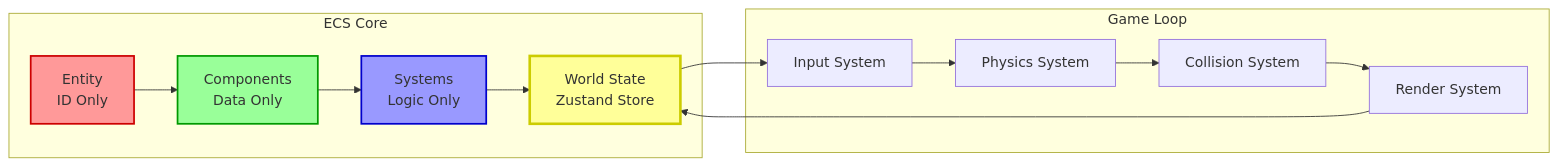
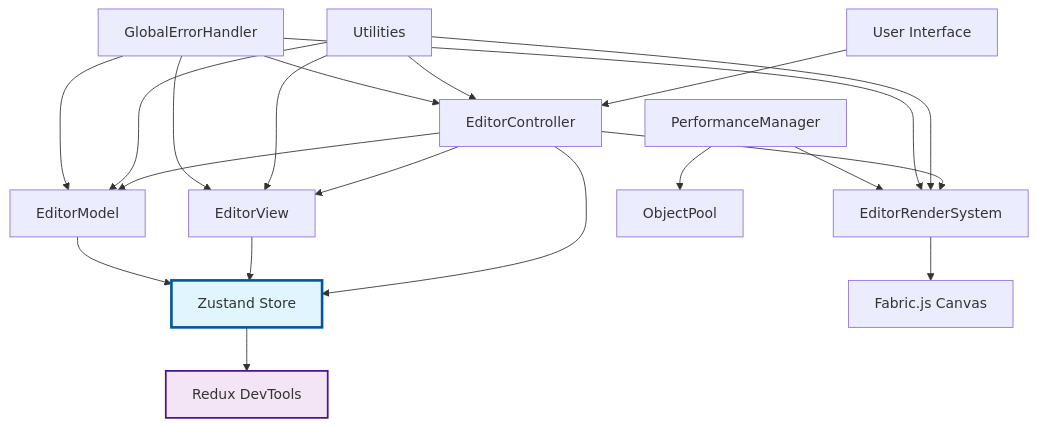
One commit to traponion/jumping-dot-game changed the first of 3 diagrams in docs/architecture.md. Above: the diagram before and after it, drawn with Mermaid. The commit also changed other lines of this file and 33 other files, not shown here.

````diff
--- a/docs/architecture.md
+++ b/docs/architecture.md
@@ -65,21 +18,29 @@
 ```mermaid
-graph LR
-    subgraph "ECS Core"
-        E[Entity<br/>ID Only] --> C[Components<br/>Data Only]
-        C --> S[Systems<br/>Logic Only]
-        S --> W[World State<br/>Zustand Store]
-    end
+graph TB
+    UI[User Interface] --> Controller[EditorController]
+    Controller --> Model[EditorModel]
+    Controller --> View[EditorView]
+    Controller --> RenderSystem[EditorRenderSystem]
+    Controller --> ZustandStore[Zustand Store]
     
-    subgraph "Game Loop"
-        W --> Input[Input System]
-        Input --> Physics[Physics System]
-        Physics --> Collision[Collision System]
-        Collision --> Render[Render System]
-        Render --> W
-    end
+    View --> ZustandStore
+    Model --> ZustandStore
+    ZustandStore --> DevTools[Redux DevTools]
+    RenderSystem --> Fabric[Fabric.js Canvas]
     
-    style E fill:#ff9999,stroke:#cc0000,stroke-width:2px
-    style C fill:#99ff99,stroke:#009900,stroke-width:2px
-    style S fill:#9999ff,stroke:#0000cc,stroke-width:2px
-    style W fill:#ffff99,stroke:#cccc00,stroke-width:3px
+    Utilities[Utilities] --> Controller
+    Utilities --> Model
+    Utilities --> View
+    Utilities --> RenderSystem
+    
+    ErrorHandler[GlobalErrorHandler] --> Controller
+    ErrorHandler --> Model
+    ErrorHandler --> View
+    ErrorHandler --> RenderSystem
+    
+    Performance[PerformanceManager] --> RenderSystem
+    Performance --> ObjectPool[ObjectPool]
+    
+    style ZustandStore fill:#e1f5fe,stroke:#01579b,stroke-width:3px
+    style DevTools fill:#f3e5f5,stroke:#4a148c,stroke-width:2px
 ```
````
